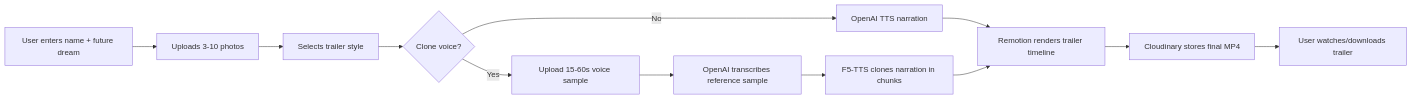
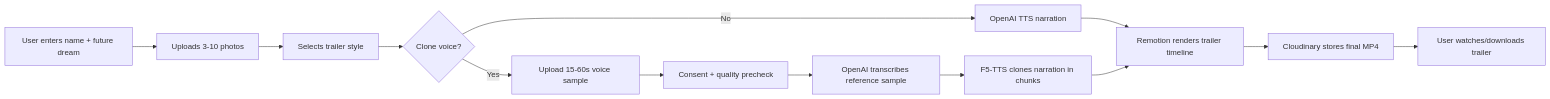
One commit to Adhz33/CineLife_AI changed the first of 3 diagrams in README.md. Above: the diagram before and after it, drawn with Mermaid. The commit also changed other lines of this file and 5 other files, not shown here.

````diff
--- a/README.md
+++ b/README.md
@@ -18,14 +18,15 @@
 ```mermaid
 flowchart LR
   A["User enters name + future dream"] --> B["Uploads 3-10 photos"]
   B --> C["Selects trailer style"]
   C --> D{"Clone voice?"}
   D -- "No" --> E["OpenAI TTS narration"]
   D -- "Yes" --> F["Upload 15-60s voice sample"]
-  F --> G["OpenAI transcribes reference sample"]
+  F --> Q["Consent + quality precheck"]
+  Q --> G["OpenAI transcribes reference sample"]
   G --> H["F5-TTS clones narration in chunks"]
   E --> I["Remotion renders trailer timeline"]
   H --> I
   I --> J["Cloudinary stores final MP4"]
   J --> K["User watches/downloads trailer"]
 ```
````
